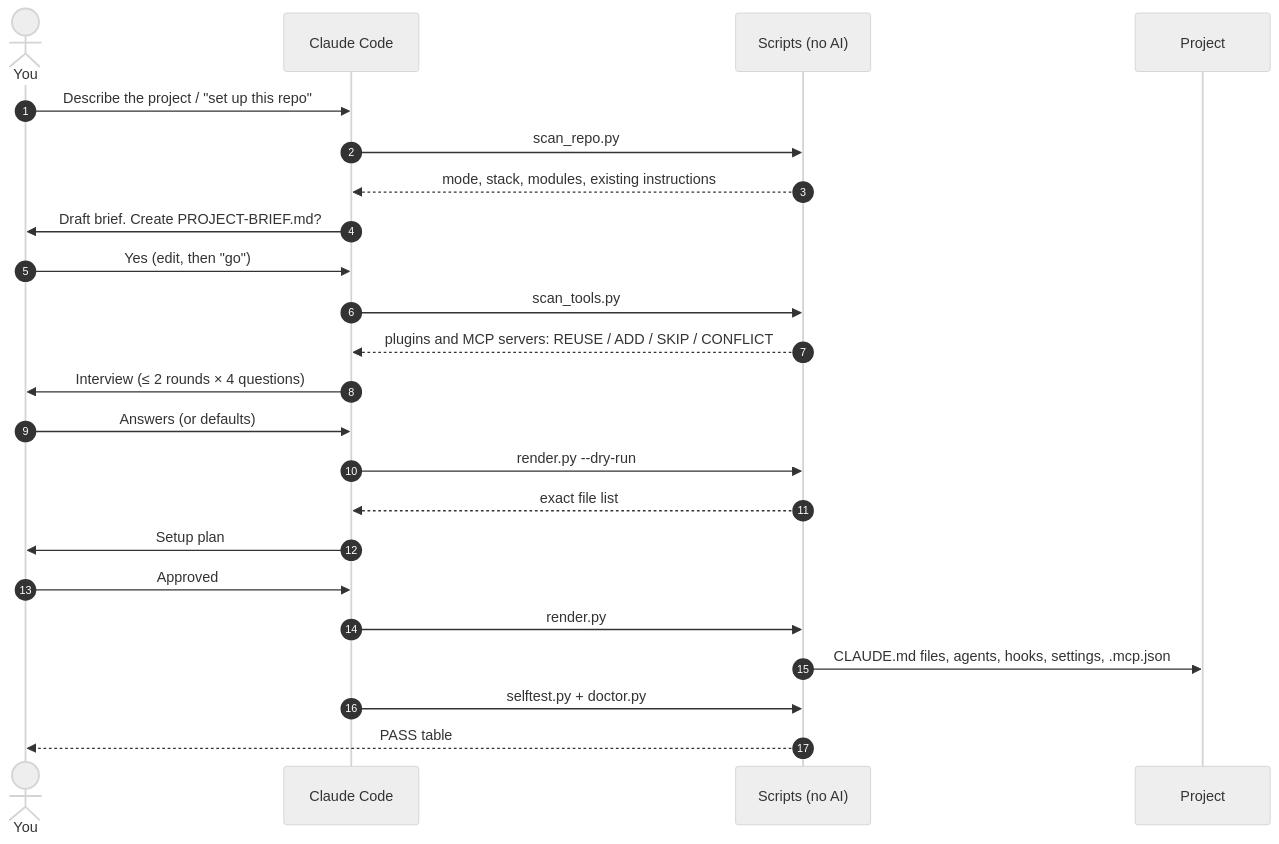
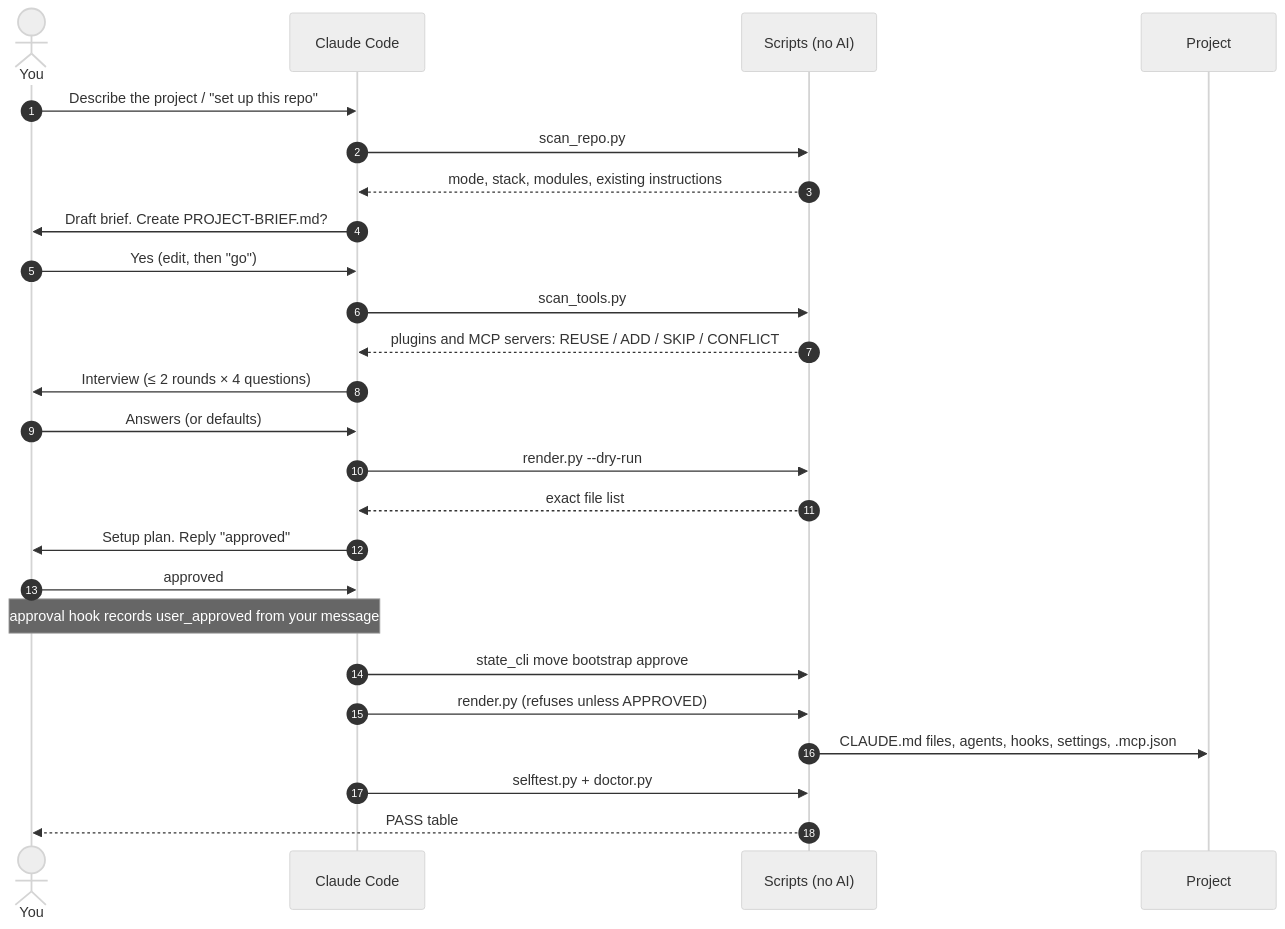
Before and after one commit to sarveshtalele/claude-project-setup: the first of 2 diagrams in docs/workflow.md, drawn with Mermaid (neutral theme). The commit also changed other lines of this file and 49 other files, not shown here.

First line of the commit message:
feat: state machines with user-sourced approvals (roadmap P1-P2)

````diff
--- a/docs/workflow.md
+++ b/docs/workflow.md
@@ -3,25 +3,27 @@
 ```mermaid
 sequenceDiagram
     autonumber
     actor U as You
     participant C as Claude Code
     participant S as Scripts (no AI)
     participant P as Project
     U->>C: Describe the project / "set up this repo"
     C->>S: scan_repo.py
     S-->>C: mode, stack, modules, existing instructions
     C->>U: Draft brief. Create PROJECT-BRIEF.md?
     U->>C: Yes (edit, then "go")
     C->>S: scan_tools.py
     S-->>C: plugins and MCP servers: REUSE / ADD / SKIP / CONFLICT
     C->>U: Interview (≤ 2 rounds × 4 questions)
     U->>C: Answers (or defaults)
     C->>S: render.py --dry-run
     S-->>C: exact file list
-    C->>U: Setup plan
-    U->>C: Approved
-    C->>S: render.py
+    C->>U: Setup plan. Reply "approved"
+    U->>C: approved
+    Note over U,C: approval hook records user_approved from your message
+    C->>S: state_cli move bootstrap approve
+    C->>S: render.py (refuses unless APPROVED)
     S->>P: CLAUDE.md files, agents, hooks, settings, .mcp.json
     C->>S: selftest.py + doctor.py
     S-->>U: PASS table
 ```
````
